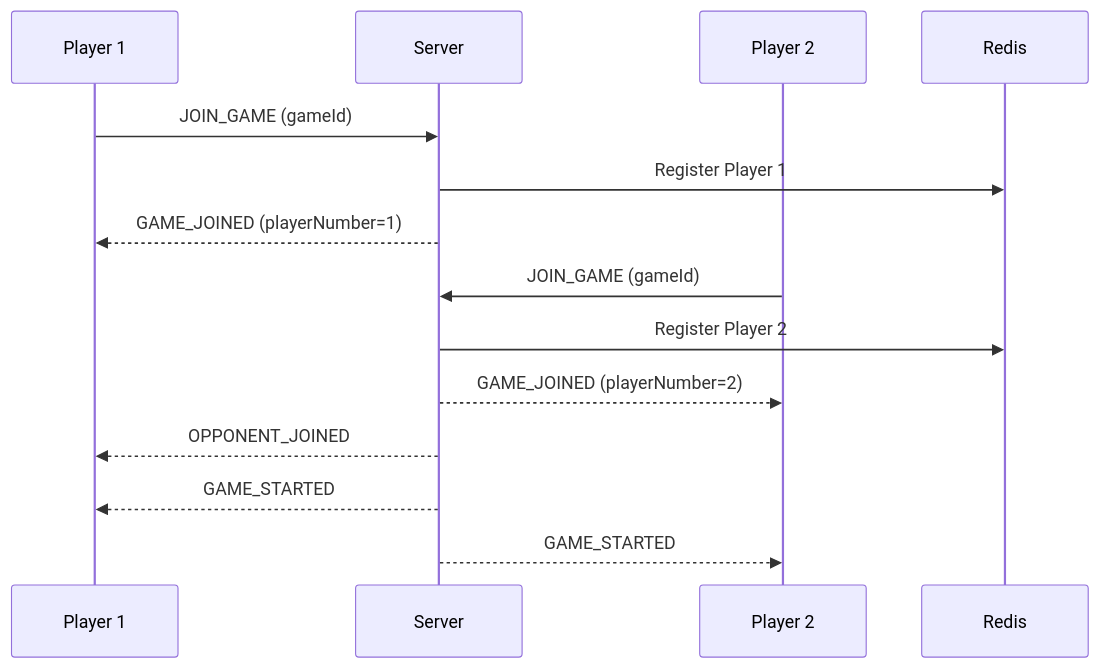
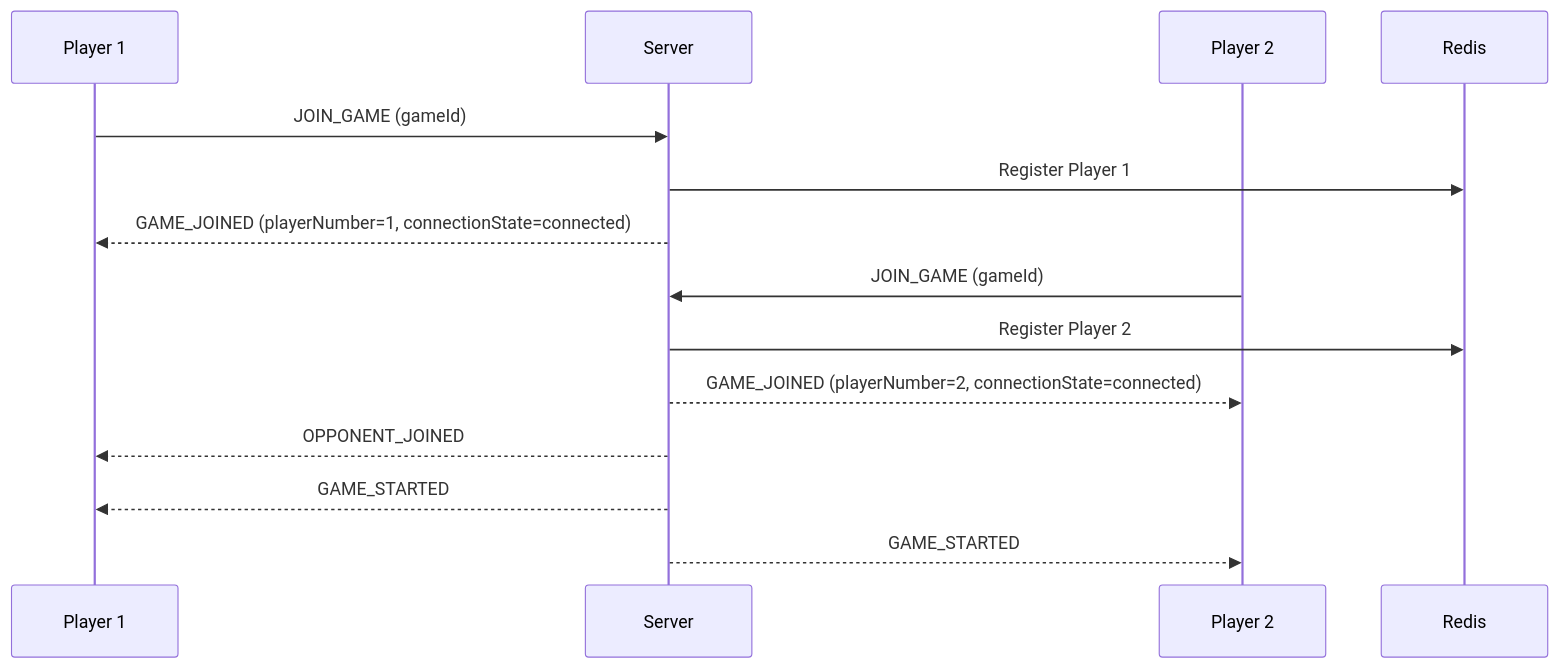
Before and after one commit to vcb88/ctorgame: the third of 5 diagrams in docs/GAME_FLOW.md, drawn with Mermaid. The commit also changed 2 other files, not shown here.

Commit message:
docs: update documentation with connection state handling details

````diff
--- a/docs/GAME_FLOW.md
+++ b/docs/GAME_FLOW.md
@@ -156,18 +156,18 @@
 ```mermaid
 sequenceDiagram
     participant P1 as Player 1
     participant Server
     participant P2 as Player 2
     participant Redis
     
     P1->>Server: JOIN_GAME (gameId)
     Server->>Redis: Register Player 1
-    Server-->>P1: GAME_JOINED (playerNumber=1)
+    Server-->>P1: GAME_JOINED (playerNumber=1, connectionState=connected)
     
     P2->>Server: JOIN_GAME (gameId)
     Server->>Redis: Register Player 2
-    Server-->>P2: GAME_JOINED (playerNumber=2)
+    Server-->>P2: GAME_JOINED (playerNumber=2, connectionState=connected)
     Server-->>P1: OPPONENT_JOINED
     Server-->>P1: GAME_STARTED
     Server-->>P2: GAME_STARTED
 ```
````
